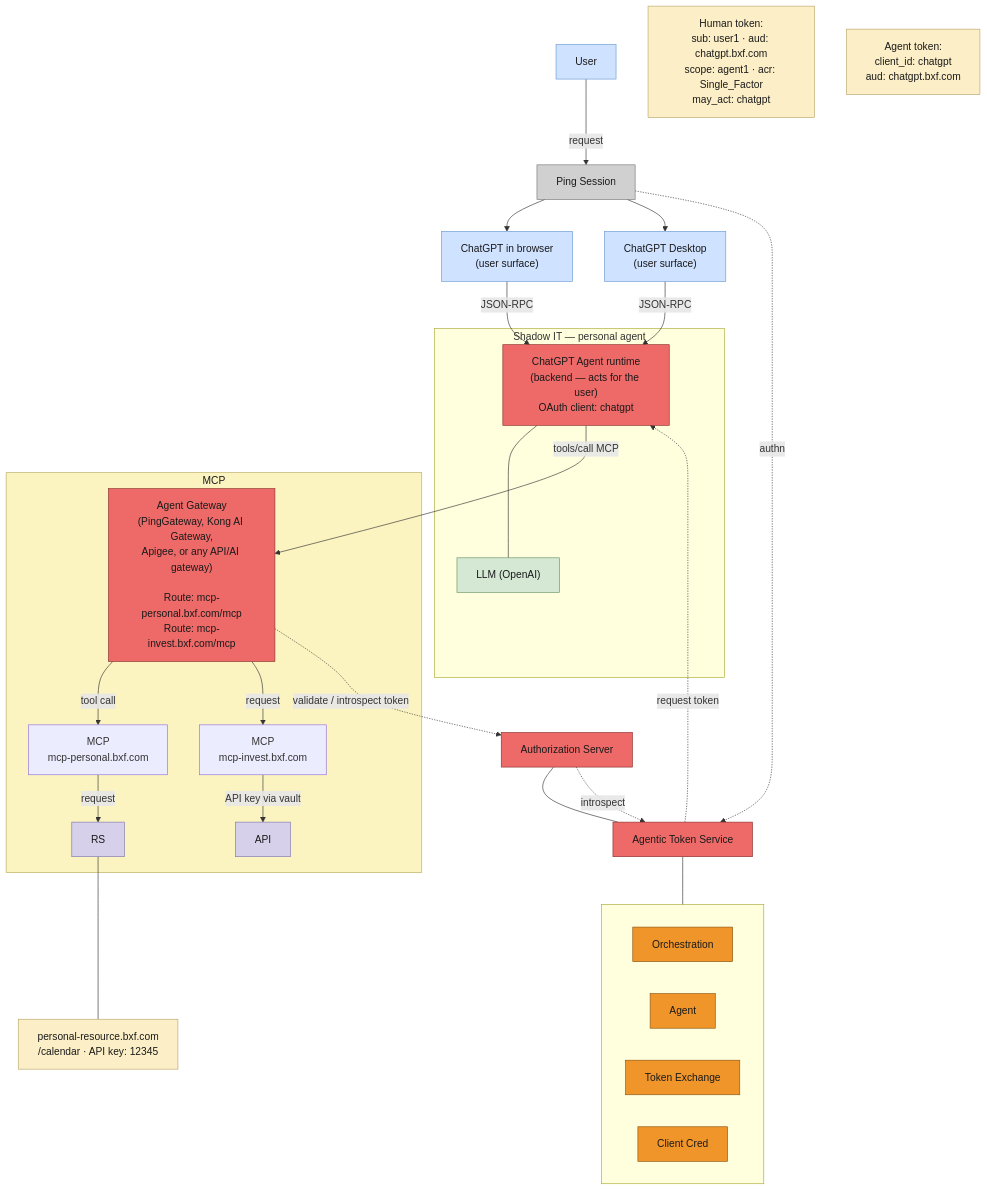
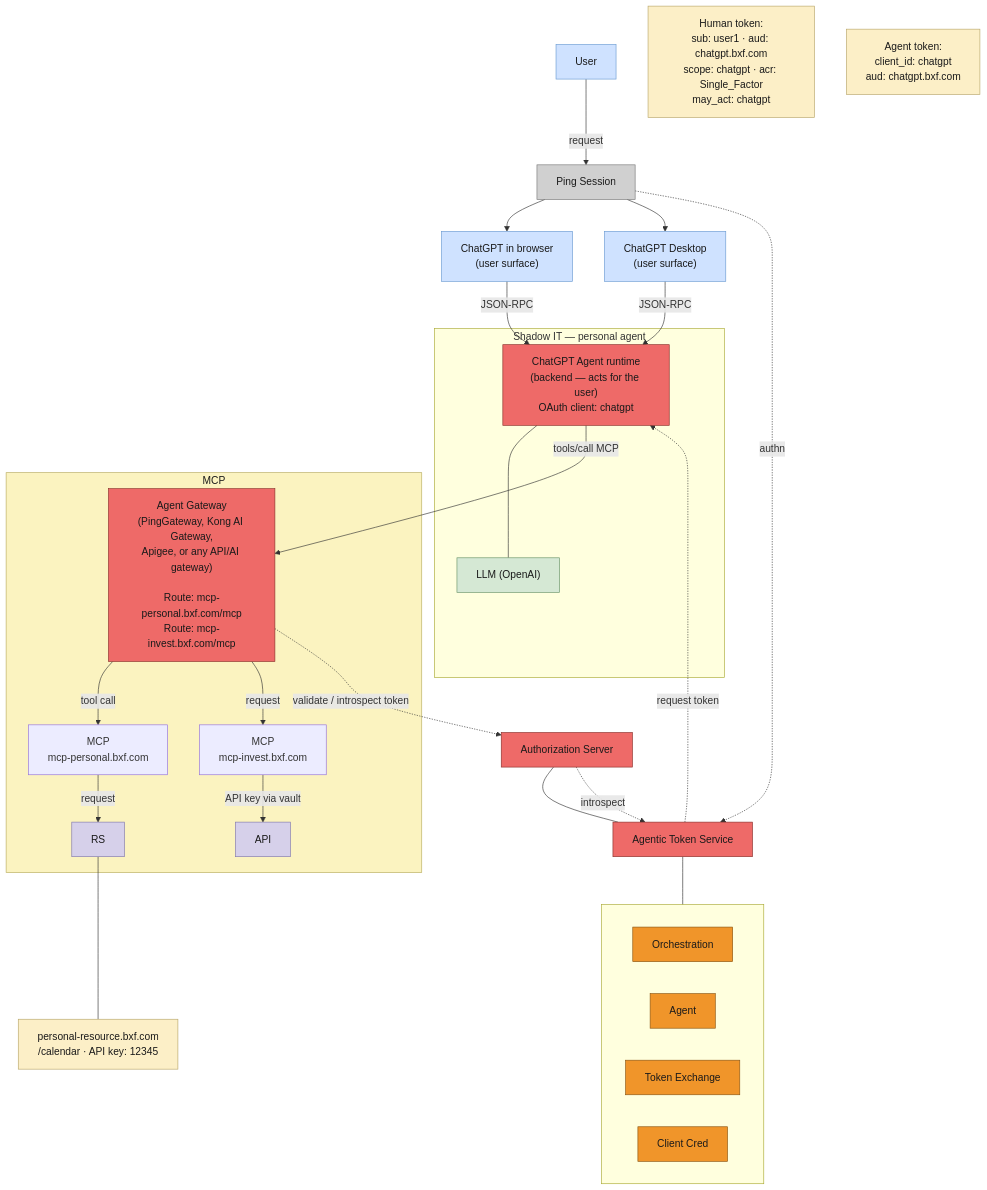
One commit to curtismu7/AI-DEMO2 changed the diagram in docs/diagrams/personal-agent-chatgpt.mmd. Above: the diagram before and after it, drawn with Mermaid. The commit also changed 1 other file, not shown here.

Commit message:
docs(diagrams): fix human token scope to chatgpt for client consistency

```diff
--- a/docs/diagrams/personal-agent-chatgpt.mmd
+++ b/docs/diagrams/personal-agent-chatgpt.mmd
@@ -1,76 +1,76 @@
 %% Personal agent version of "V2 Agent - GW/Authorize" (Lucid page)
 %% ChatGPT is the personal agent — browser + Desktop surfaces, one agent runtime
 flowchart TB
     USER["User"]
     PINGSESS["Ping Session"]
     CHATB["ChatGPT in browser<br/>(user surface)"]
     GPTD["ChatGPT Desktop<br/>(user surface)"]
 
     subgraph SHADOW["Shadow IT — personal agent"]
         AGENT1["ChatGPT Agent runtime<br/>(backend — acts for the user)<br/>OAuth client: chatgpt"]
         LLM["LLM (OpenAI)"]
     end
 
     ATS["Agentic Token Service"]
     subgraph ATSSUB[" "]
         direction LR
         ORCH["Orchestration"]
         AGT["Agent"]
         TXE["Token Exchange"]
         CCRED["Client Cred"]
     end
     AUTHZ["Authorization Server"]
 
-    HTOK["Human token:<br/>sub: user1 · aud: chatgpt.bxf.com<br/>scope: agent1 · acr: Single_Factor<br/>may_act: chatgpt"]
+    HTOK["Human token:<br/>sub: user1 · aud: chatgpt.bxf.com<br/>scope: chatgpt · acr: Single_Factor<br/>may_act: chatgpt"]
     AGTOK["Agent token:<br/>client_id: chatgpt<br/>aud: chatgpt.bxf.com"]
 
 
     subgraph MCPBOX["MCP"]
         GW["Agent Gateway<br/>(PingGateway, Kong AI Gateway,<br/>Apigee, or any API/AI gateway)<br/><br/>Route: mcp-personal.bxf.com/mcp<br/>Route: mcp-invest.bxf.com/mcp"]
         MCPOLB["MCP<br/>mcp-personal.bxf.com"]
         MCPINV["MCP<br/>mcp-invest.bxf.com"]
         RS["RS"]
         API["API"]
     end
     INVTOK["personal-resource.bxf.com<br/>/calendar · API key: 12345"]
 
 
     USER -->|request| PINGSESS
     PINGSESS --> CHATB
     PINGSESS --> GPTD
     CHATB -->|JSON-RPC| AGENT1
     GPTD -->|JSON-RPC| AGENT1
     AGENT1 --- LLM
     PINGSESS -.->|authn| ATS
     ATS --- ATSSUB
     AUTHZ --- ATS
     AUTHZ -.->|introspect| ATS
     ATS -.->|request token| AGENT1
     AGENT1 -->|tools/call MCP| GW
     GW -->|tool call| MCPOLB
     GW -->|request| MCPINV
     GW -.->|validate / introspect token| AUTHZ
     MCPOLB -->|request| RS
     MCPINV -->|API key via vault| API
     RS --- INVTOK
 
     classDef red fill:#ee6a68,stroke:#8a2f2a,color:#1a1a1a
     classDef orange fill:#f0952a,stroke:#8a5410,color:#1a1a1a
     classDef cream fill:#fcefc7,stroke:#b8a66a,color:#1a1a1a
     classDef pink fill:#f272c8,stroke:#a12a76,color:#1a1a1a
     classDef yellow fill:#fbf3c0,stroke:#b8ac60,color:#1a1a1a
     classDef blue fill:#cfe2ff,stroke:#6b9bd2,color:#1a1a1a
     classDef green fill:#d5e8d4,stroke:#6a936a,color:#1a1a1a
     classDef dgreen fill:#5cb85c,stroke:#2d6a2d,color:#1a1a1a
     classDef purple fill:#d6d0ea,stroke:#8077ad,color:#1a1a1a
     classDef grey fill:#d0d0d0,stroke:#777777,color:#1a1a1a
 
     class ATS,AUTHZ,GW red
     class ORCH,AGT,TXE,CCRED orange
     class HTOK,AGTOK,INVTOK cream
     class MCPBOX yellow
     class USER,CHATB,GPTD blue
     class RS,API purple
     class AGENT1 red
     class LLM green
     class PINGSESS grey
```
